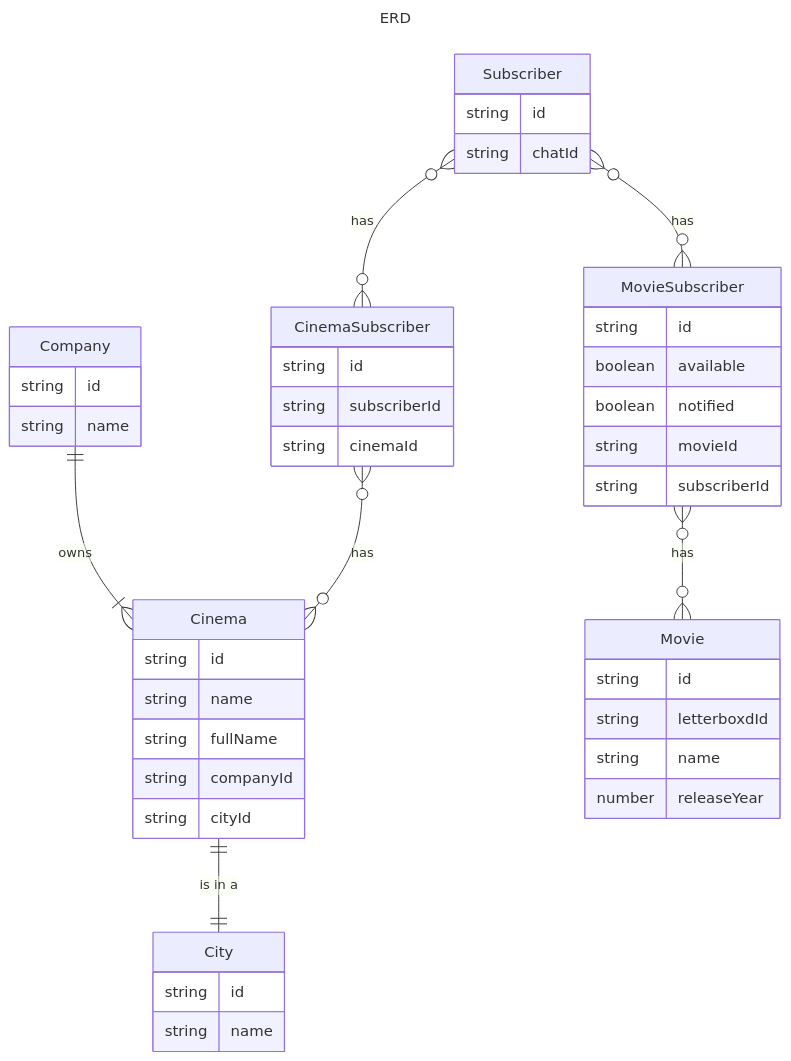
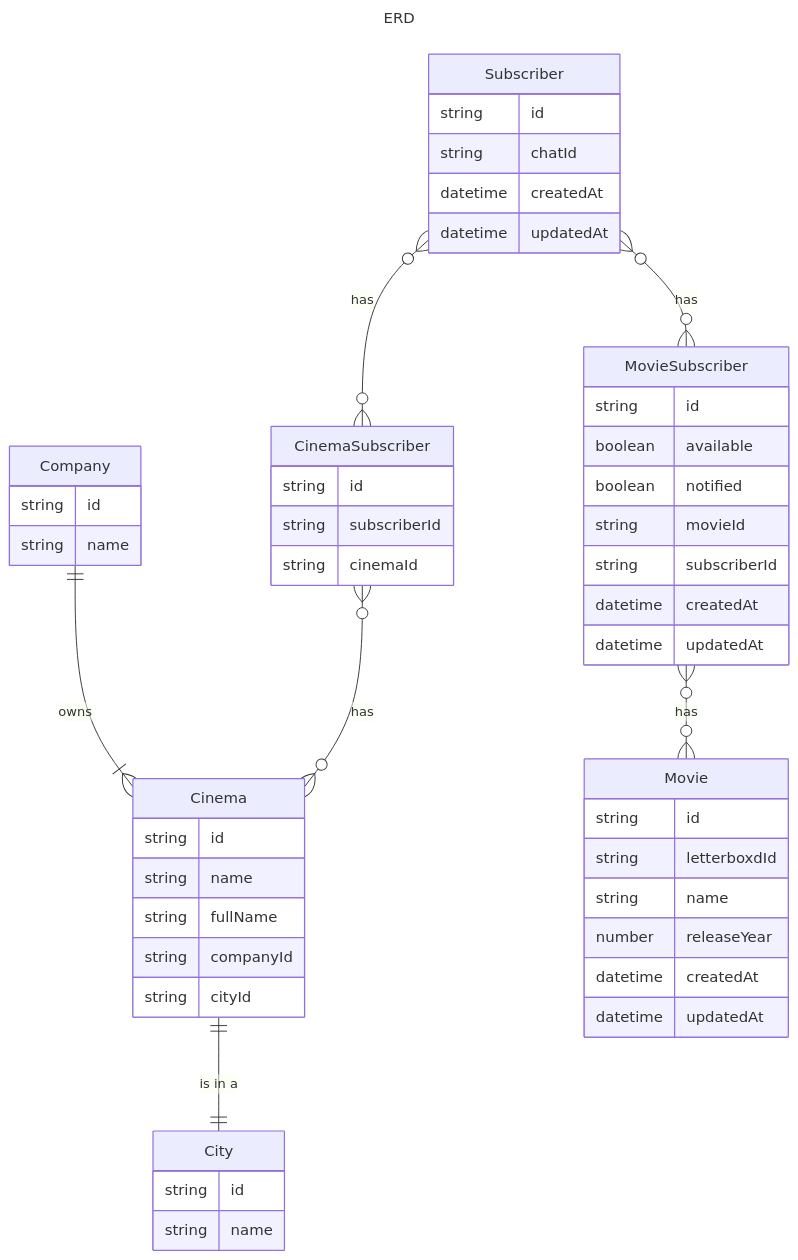
One commit to UNRULYEON/bioscopen-bot changed the diagram in docs/erd.md. Above: the diagram before and after it, drawn with Mermaid. The commit also changed 18 other files, not shown here.

````diff
--- a/docs/erd.md
+++ b/docs/erd.md
@@ -1,66 +1,75 @@
 ```mermaid
 ---
 title: ERD
 ---
 erDiagram
   City {
     string id
 
     string name
   }
 
   Company {
     string id
 
     string name 
   }
 
   Cinema {
     string id
 
     string name
     string fullName
 
     string companyId
     string cityId
   }
 
   Movie {
     string id
 
     string letterboxdId
     string name
     number releaseYear
+
+    datetime createdAt
+    datetime updatedAt
   }
 
   Subscriber {
     string id
     string chatId
+
+    datetime createdAt
+    datetime updatedAt
   }
 
   MovieSubscriber {
     string id
 
     boolean available
     boolean notified
 
     string movieId
     string subscriberId
+
+    datetime createdAt
+    datetime updatedAt
   }
 
   CinemaSubscriber {
     string id
 
     string subscriberId
     string cinemaId
   }
 
   Company ||--|{ Cinema: owns
   Cinema ||--|| City: "is in a"
 
   Subscriber }o--o{ CinemaSubscriber: has
   CinemaSubscriber }o--o{ Cinema: has
 
   Subscriber }o--o{ MovieSubscriber: has
   MovieSubscriber }o--o{ Movie: has
 ```
````
